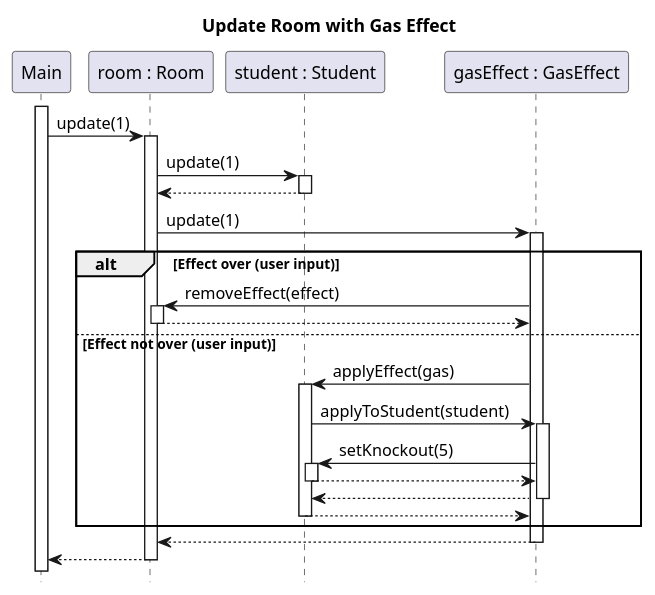
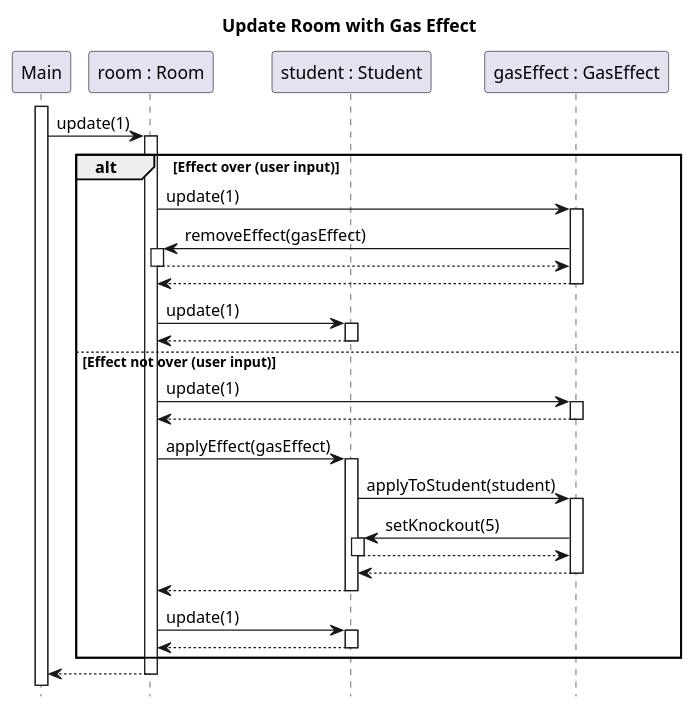
One commit to sn4k3ch4rm3r/logarlec changed the diagram in docs/diagrams/test-sequence/room-update-gas-no-mask.puml. Above: the diagram before and after it, drawn with PlantUML. The commit also changed 3 other files, not shown here.

Commit message:
Updated update sequences

```diff
--- a/docs/diagrams/test-sequence/room-update-gas-no-mask.puml
+++ b/docs/diagrams/test-sequence/room-update-gas-no-mask.puml
@@ -1,31 +1,37 @@
 @startuml room-update-gas-no-mask
 title Update Room with Gas Effect
 hide footbox
 autoactivate on
 skinparam SequenceReferenceBackgroundColor white
 
 participant Main
 participant "room : Room" as room
 participant "student : Student" as student
 participant "gasEffect : GasEffect" as gas
 
 activate Main
 Main -> room : update(1)
-	room -> student : update(1)
-	    return
-	    room -> gas : update(1)
-        alt Effect over (user input)
-		    gas -> room ++: removeEffect(effect)
-		    return
-	    else Effect not over (user input)
-        gas -> student : applyEffect(gas)
-            student -> gas : applyToStudent(student)
-                gas -> student : setKnockout(5)
-                return
+    alt Effect over (user input)
+    room -> gas : update(1)
+        gas -> room : removeEffect(gasEffect)
+        return
+    return
+    room -> student : update(1)
+    return
+    else Effect not over (user input)
+    room -> gas : update(1)
+    return
+    room -> student : applyEffect(gasEffect)
+        student -> gas : applyToStudent(student)
+            gas -> student : setKnockout(5)
             return
         return
-        end
-	return
+    return
+    room -> student : update(1)
+    return
+
+    end
+
 return
 
 @enduml
```
